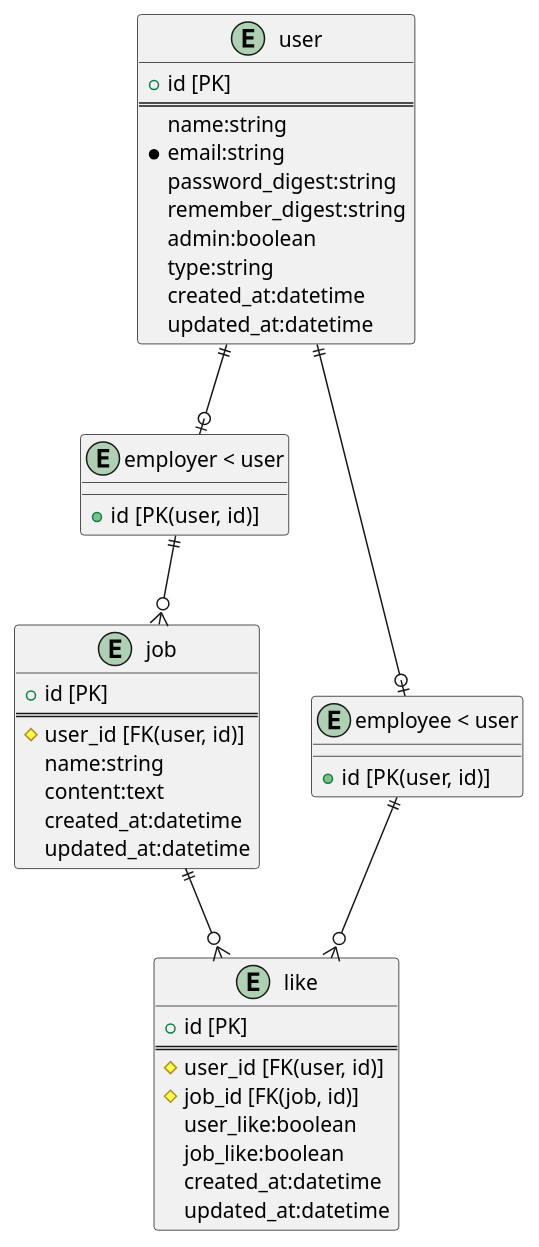
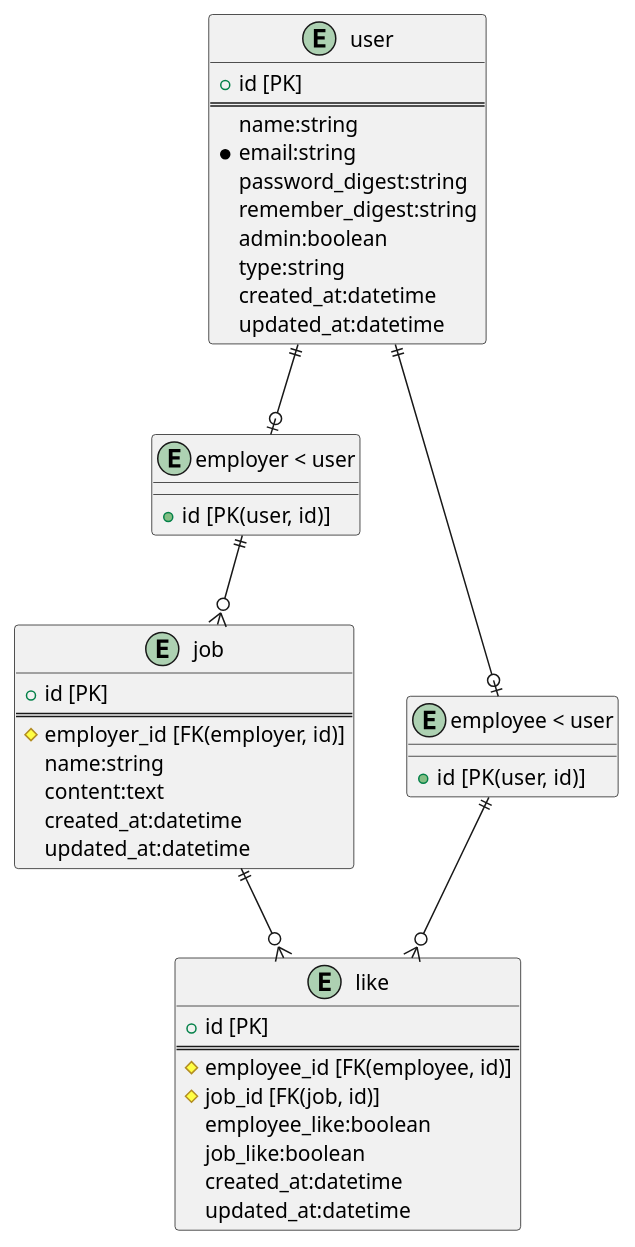
The diagram in ER-diagram.puml (muryakami/Like-App), drawn with PlantUML before and after one commit. The commit also changed 1 other file, not shown here.

```diff
--- a/ER-diagram.puml
+++ b/ER-diagram.puml
@@ -1,53 +1,53 @@
 @startuml prototype
 
 entity "user" {
   + id [PK]
   ==
   name:string
   * email:string
   password_digest:string
   remember_digest:string
   admin:boolean
   type:string
   created_at:datetime
   updated_at:datetime
 }
 
 entity "employer < user" as employer {
   + id [PK(user, id)]
 }
 
 entity "employee < user" as employee {
   + id [PK(user, id)]
 }
 
 entity "job" {
   + id [PK]
   ==
-  # user_id [FK(user, id)]
+  # employer_id [FK(employer, id)]
   name:string
   content:text
   created_at:datetime
   updated_at:datetime
 }
 
 entity "like" {
   + id [PK]
   ==
-  # user_id [FK(user, id)]
+  # employee_id [FK(employee, id)]
   # job_id [FK(job, id)]
-  user_like:boolean
+  employee_like:boolean
   job_like:boolean
   created_at:datetime
   updated_at:datetime
 }
 
 user ||--o| employer
 user ||--o| employee
 
 employer ||--o{ job
 
 job ||--o{ like
 employee ||--o{ like
 
 @enduml
```
